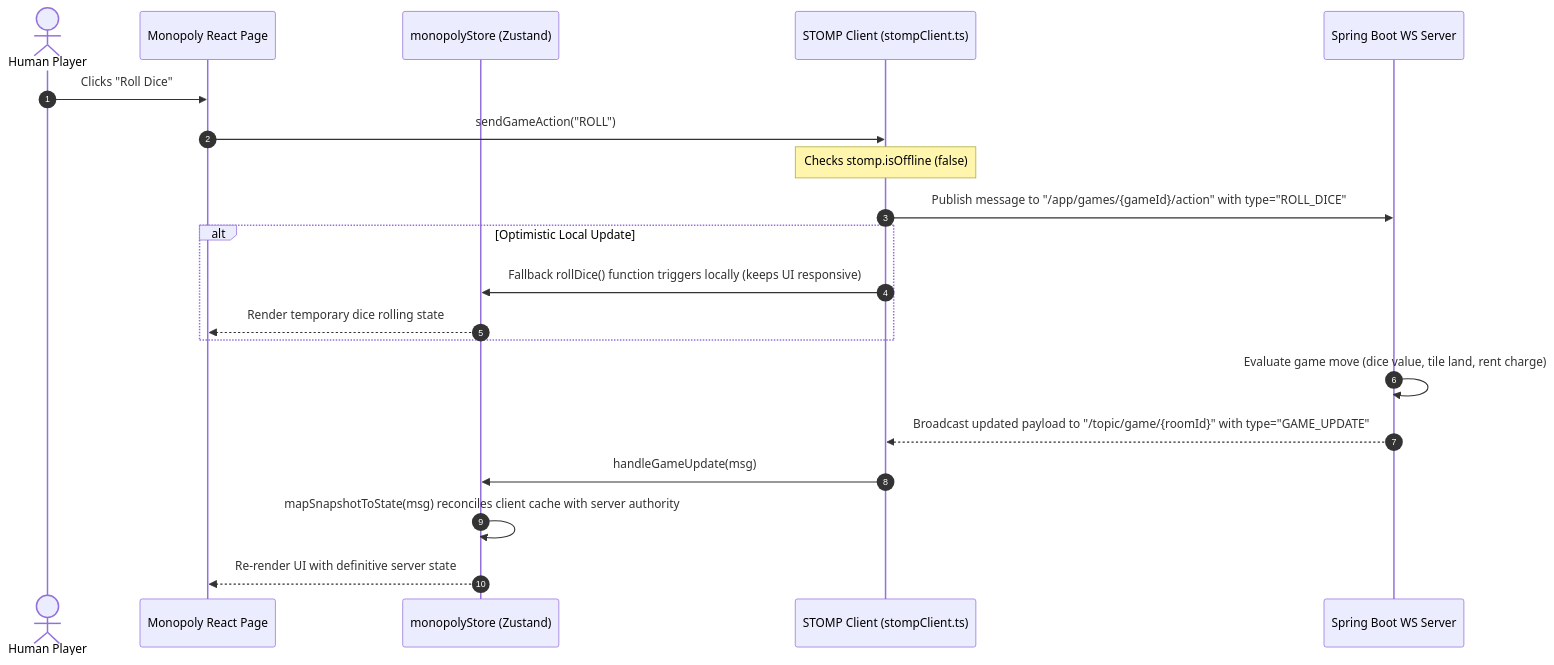
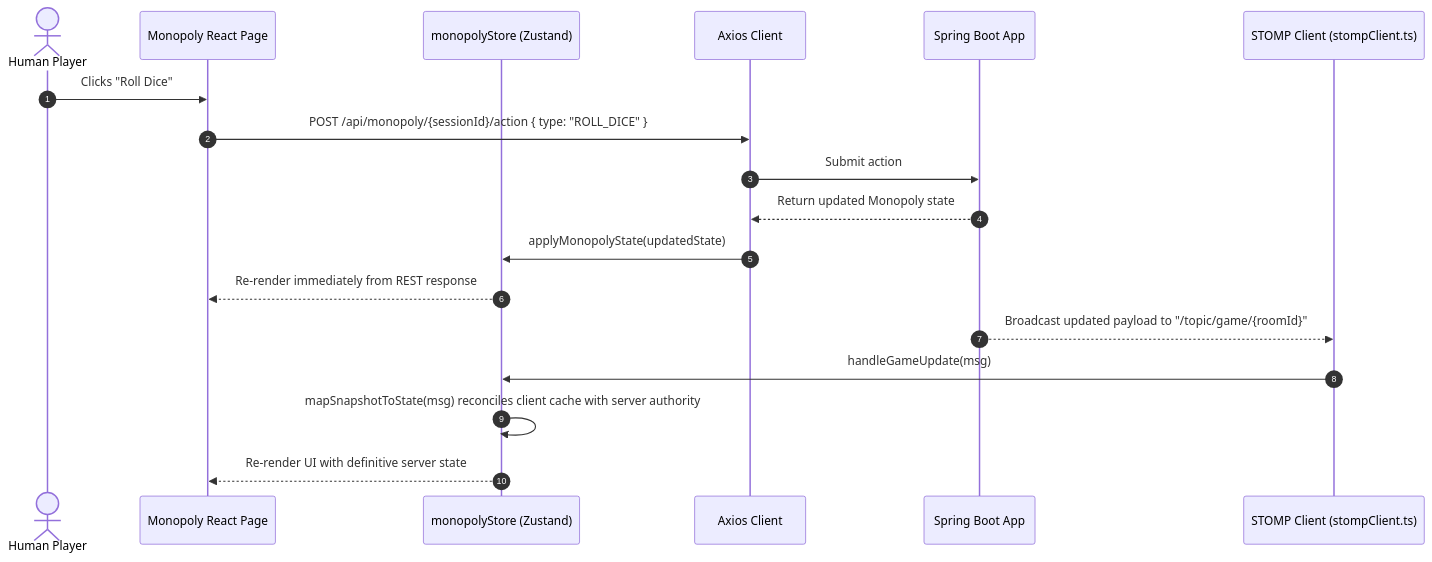
The second of 3 diagrams in .memory/architecture.md (pradeepintuitive-source/boardgame-verse), drawn with Mermaid before and after one commit. The commit also changed other lines of this file and 13 other files, not shown here.

````diff
--- a/.memory/architecture.md
+++ b/.memory/architecture.md
@@ -34,25 +39,21 @@
 ```mermaid
 sequenceDiagram
     autonumber
     actor Player as Human Player
     participant UI as Monopoly React Page
     participant Store as monopolyStore (Zustand)
-    participant Client as STOMP Client (stompClient.ts)
-    participant Server as Spring Boot WS Server
-    
+    participant REST as Axios Client
+    participant Server as Spring Boot App
+    participant Socket as STOMP Client (stompClient.ts)
+
     Player->>UI: Clicks "Roll Dice"
-    UI->>Client: sendGameAction("ROLL")
-    Note over Client: Checks stomp.isOffline (false)
-    Client->>Server: Publish message to "/app/games/{gameId}/action" with type="ROLL_DICE"
-    
-    alt Optimistic Local Update
-        Client->>Store: Fallback rollDice() function triggers locally (keeps UI responsive)
-        Store-->>UI: Render temporary dice rolling state
-    end
-    
-    Server->>Server: Evaluate game move (dice value, tile land, rent charge)
-    Server-->>Client: Broadcast updated payload to "/topic/game/{roomId}" with type="GAME_UPDATE"
-    Client->>Store: handleGameUpdate(msg)
+    UI->>REST: POST /api/monopoly/{sessionId}/action { type: "ROLL_DICE" }
+    REST->>Server: Submit action
+    Server-->>REST: Return updated Monopoly state
+    REST->>Store: applyMonopolyState(updatedState)
+    Store-->>UI: Re-render immediately from REST response
+    Server-->>Socket: Broadcast updated payload to "/topic/game/{roomId}"
+    Socket->>Store: handleGameUpdate(msg)
     Store->>Store: mapSnapshotToState(msg) reconciles client cache with server authority
     Store-->>UI: Re-render UI with definitive server state
 ```
````
